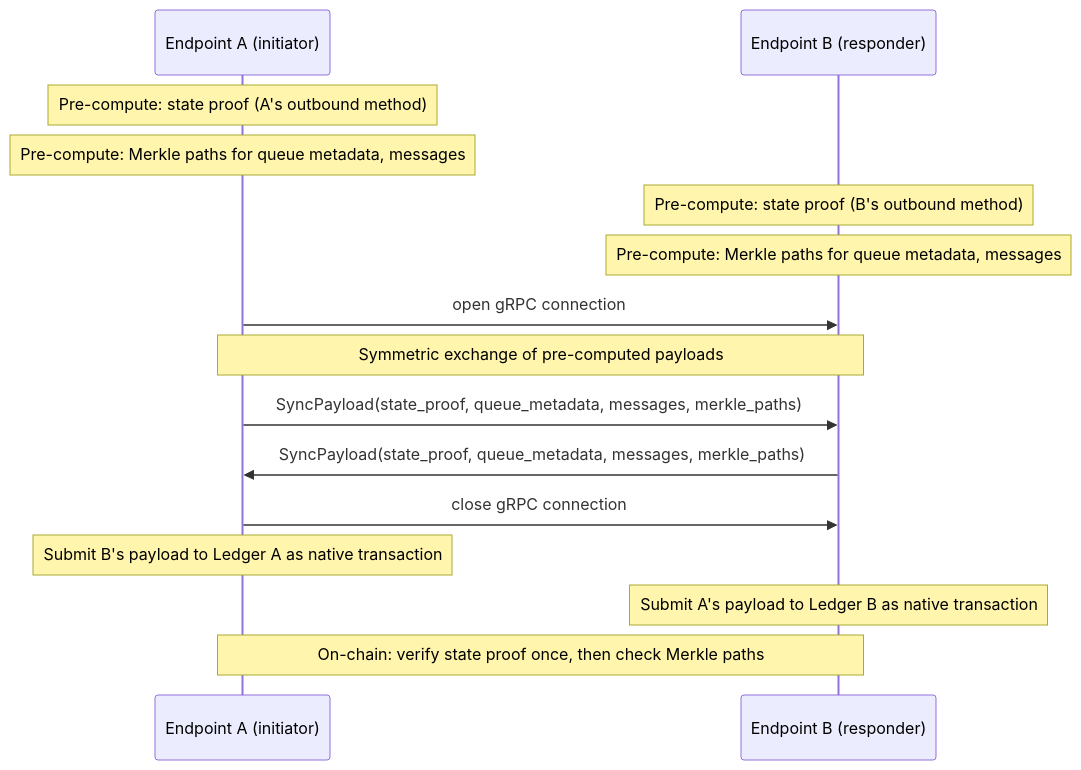
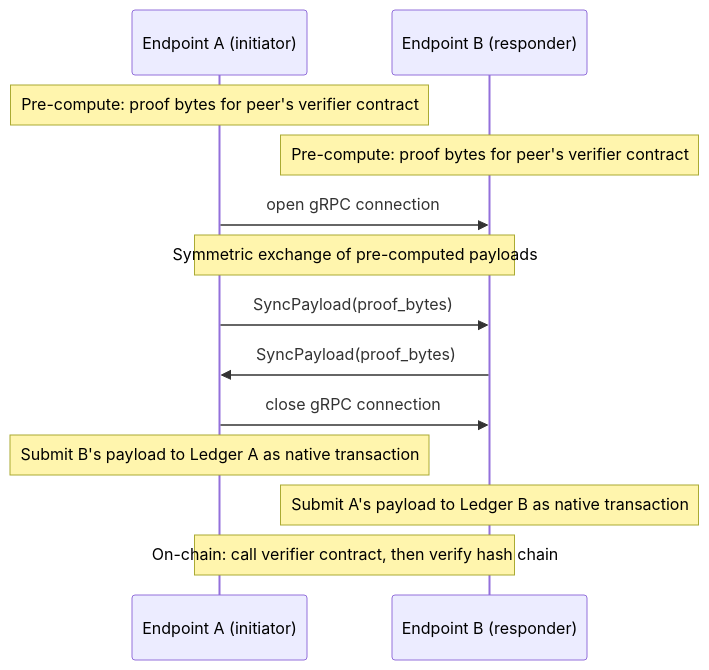
One commit to hiero-ledger/hiero-consensus-node changed the second of 5 diagrams in hedera-node/docs/design/services/clpr-service/clpr-service.md. Above: the diagram before and after it, drawn with Mermaid. The commit also changed other lines of this file, not shown here.

Commit message:
(docs): replace the state proof system.

````diff
--- a/hedera-node/docs/design/services/clpr-service/clpr-service.md
+++ b/hedera-node/docs/design/services/clpr-service/clpr-service.md
@@ -527,23 +449,21 @@
 ```mermaid
 sequenceDiagram
     participant EA as Endpoint A (initiator)
     participant EB as Endpoint B (responder)
 
-    Note over EA: Pre-compute: state proof (A's outbound method)
-    Note over EA: Pre-compute: Merkle paths for queue metadata, messages
-    Note over EB: Pre-compute: state proof (B's outbound method)
-    Note over EB: Pre-compute: Merkle paths for queue metadata, messages
+    Note over EA: Pre-compute: proof bytes for peer's verifier contract
+    Note over EB: Pre-compute: proof bytes for peer's verifier contract
 
     EA->>EB: open gRPC connection
 
     Note over EA,EB: Symmetric exchange of pre-computed payloads
-    EA->>EB: SyncPayload(state_proof, queue_metadata, messages, merkle_paths)
-    EB->>EA: SyncPayload(state_proof, queue_metadata, messages, merkle_paths)
+    EA->>EB: SyncPayload(proof_bytes)
+    EB->>EA: SyncPayload(proof_bytes)
 
     EA->>EB: close gRPC connection
 
     Note over EA: Submit B's payload to Ledger A as native transaction
     Note over EB: Submit A's payload to Ledger B as native transaction
 
-    Note over EA,EB: On-chain: verify state proof once, then check Merkle paths
+    Note over EA,EB: On-chain: call verifier contract, then verify hash chain
 ```
````
